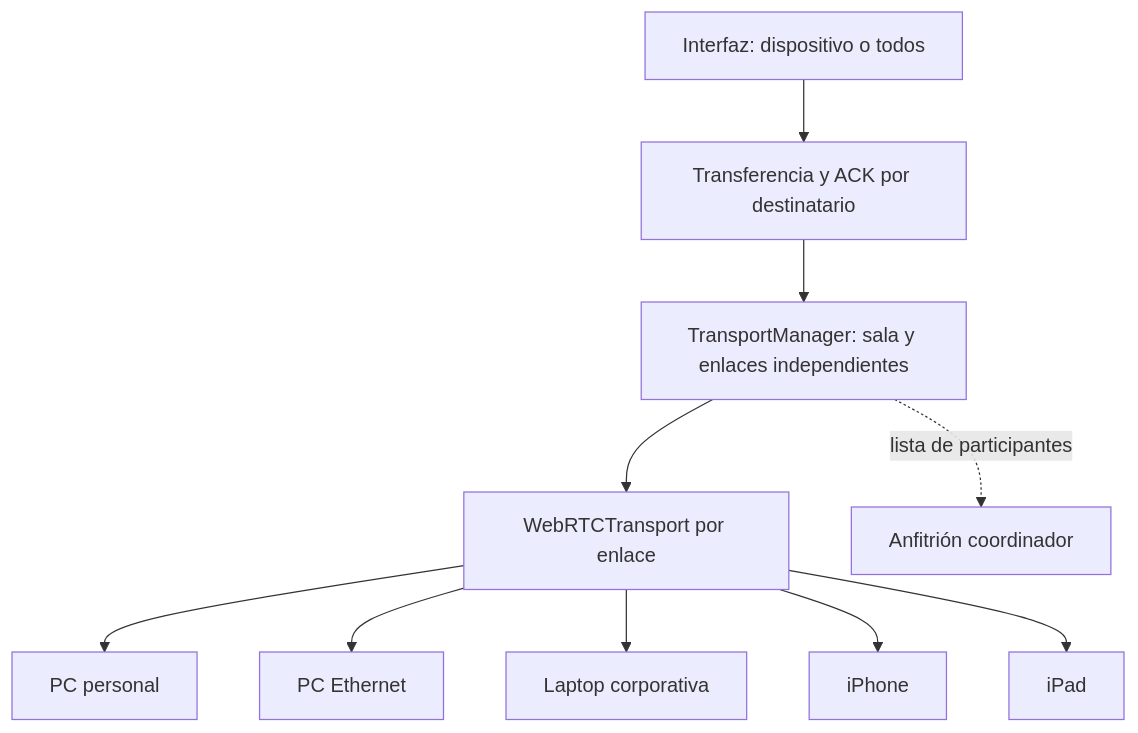
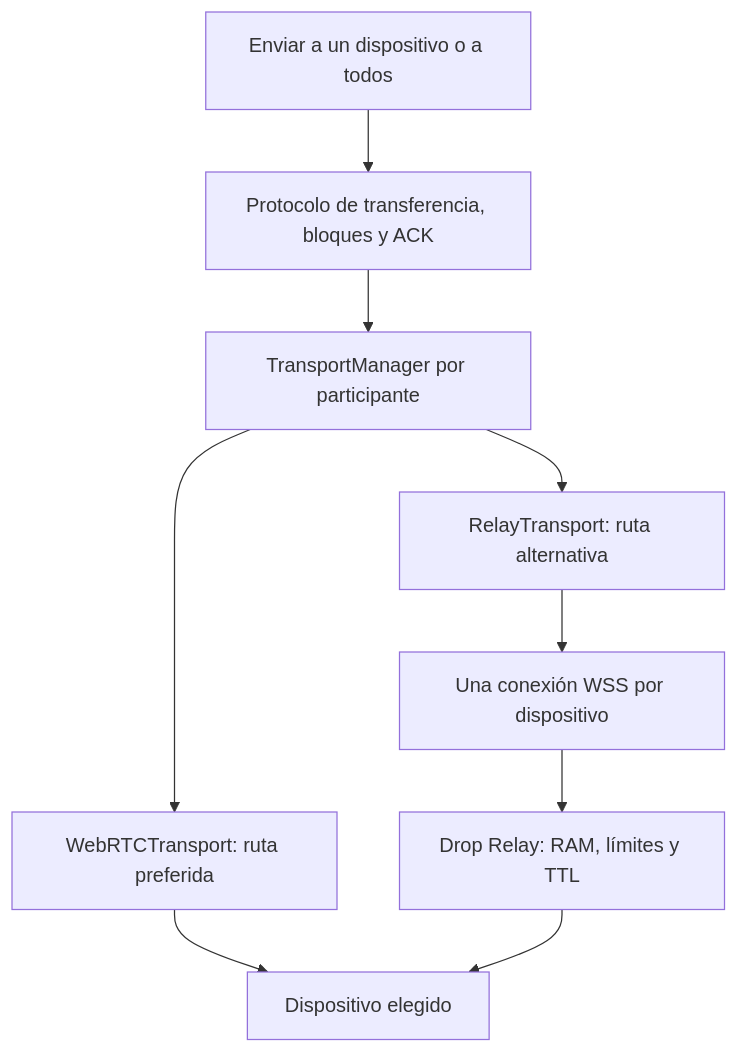
The diagram in drop/ARCHITECTURE.md (reynosoch/reynosoch.github.io), drawn with Mermaid before and after one commit. The commit also changed other lines of this file and 25 other files, not shown here.

Commit message:
feat(drop): add automatic temporary relay and deployable server

````diff
--- a/drop/ARCHITECTURE.md
+++ b/drop/ARCHITECTURE.md
@@ -21,12 +5,11 @@
 ```mermaid
 flowchart TD
-    UI[Interfaz: dispositivo o todos] --> E[Transferencia y ACK por destinatario]
-    E --> M[TransportManager: sala y enlaces independientes]
-    M --> W[WebRTCTransport por enlace]
-    W --> PC[PC personal]
-    W --> ETH[PC Ethernet]
-    W --> LAP[Laptop corporativa]
-    W --> PHONE[iPhone]
-    W --> TAB[iPad]
-    M -. lista de participantes .-> HOST[Anfitrión coordinador]
+    UI[Enviar a un dispositivo o a todos] --> E[Protocolo de transferencia, bloques y ACK]
+    E --> M[TransportManager por participante]
+    M --> D[WebRTCTransport: ruta preferida]
+    M --> R[RelayTransport: ruta alternativa]
+    D --> P[Dispositivo elegido]
+    R --> W[Una conexión WSS por dispositivo]
+    W --> S[Drop Relay: RAM, límites y TTL]
+    S --> P
 ```
````
